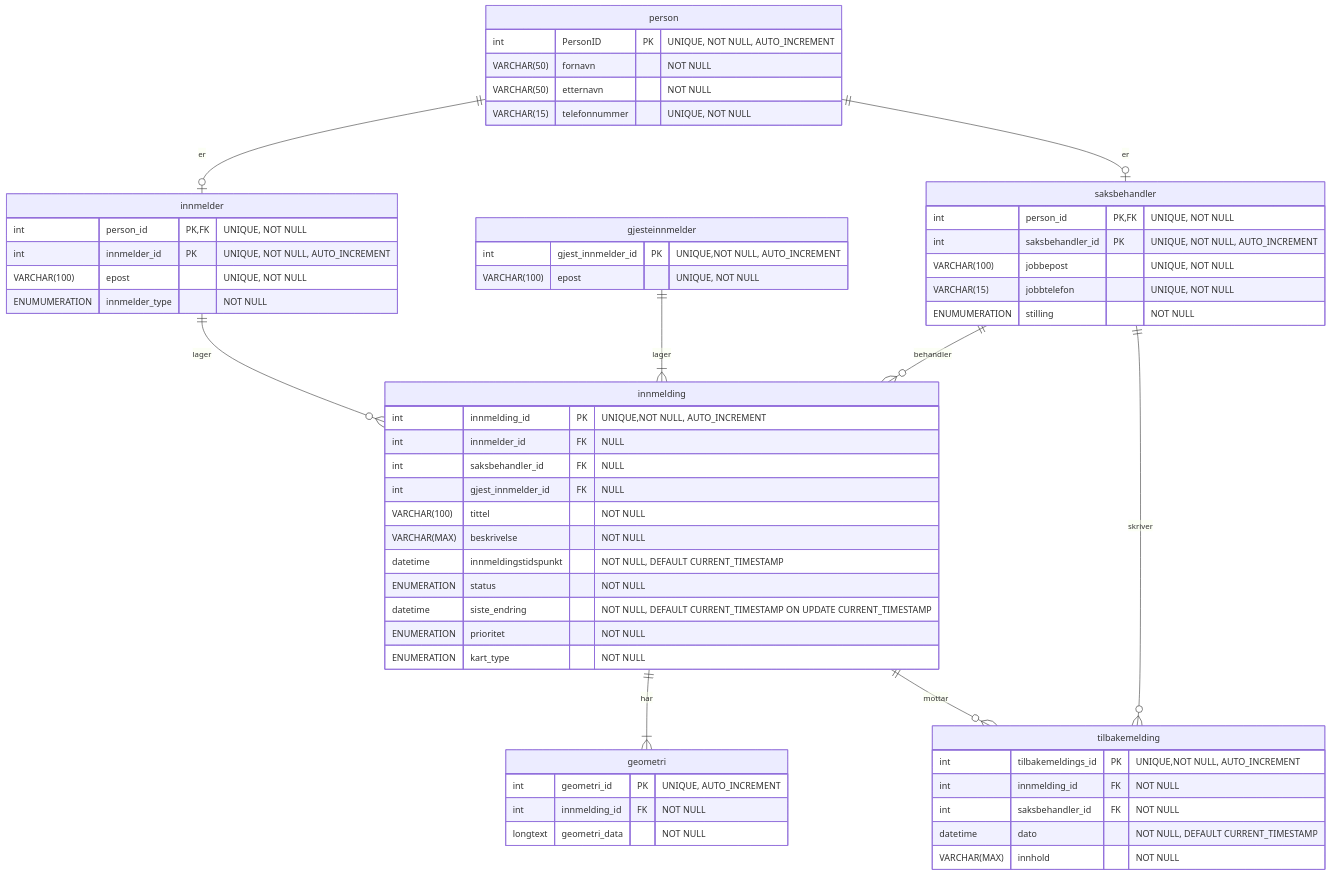
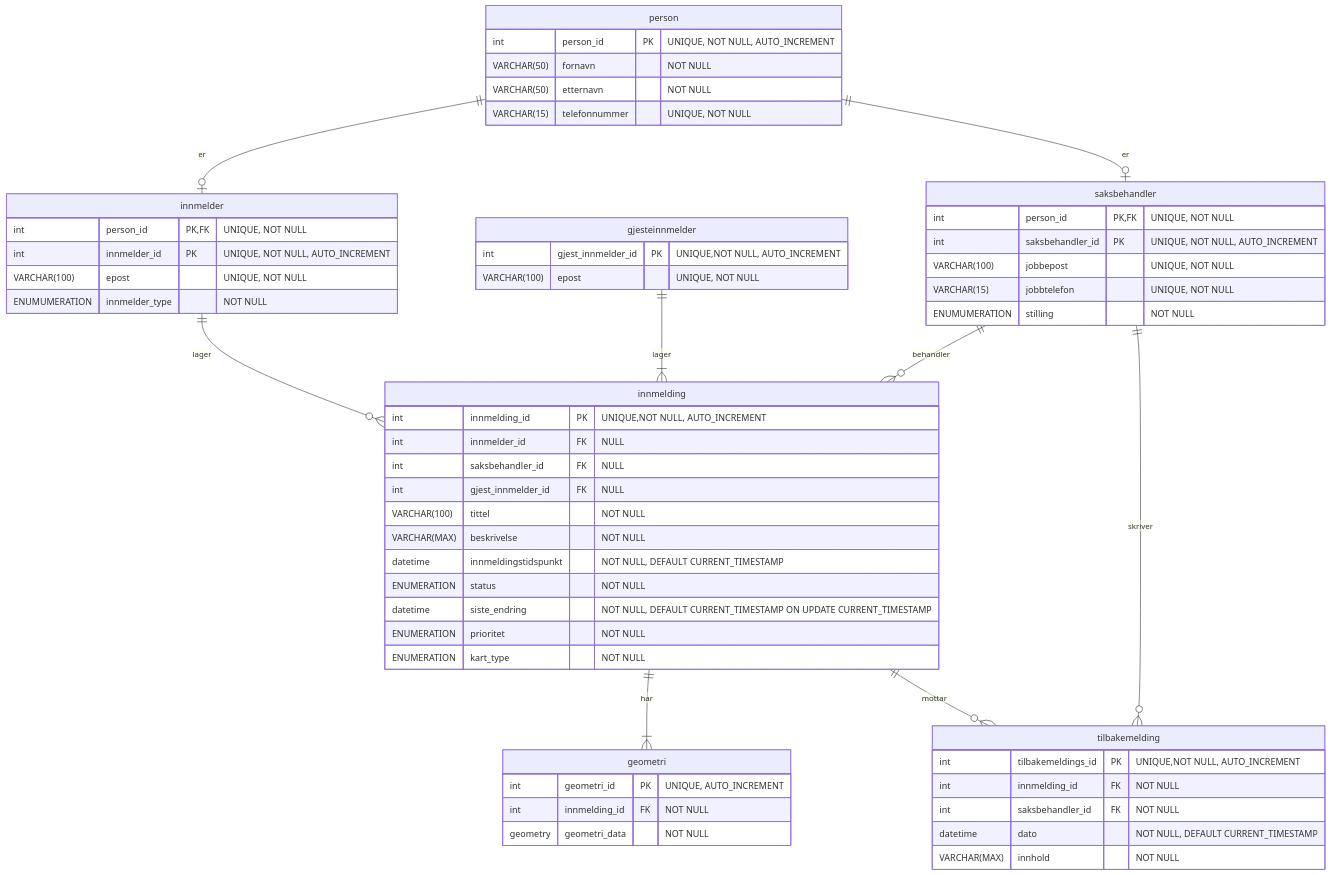
Before and after one commit to Kristiann96/Gruppe10KV: the diagram in Gruppe10KVprototype/ER og UML diagrammer/ERG10KV6.mmd, drawn with Mermaid.

Commit message:
rettet person_id navngivning i person tabell
retter geometri_data til geometry datatype

```diff
--- a/Gruppe10KVprototype/ER og UML diagrammer/ERG10KV6.mmd
+++ b/Gruppe10KVprototype/ER og UML diagrammer/ERG10KV6.mmd
@@ -1,59 +1,59 @@
 erDiagram
 
     person {
-        int PersonID PK "UNIQUE, NOT NULL, AUTO_INCREMENT"
+        int person_id PK "UNIQUE, NOT NULL, AUTO_INCREMENT"
         VARCHAR(50) fornavn "NOT NULL"
         VARCHAR(50) etternavn "NOT NULL"
         VARCHAR(15) telefonnummer "UNIQUE, NOT NULL"
     }
     person ||--|O innmelder : "er"
     person ||--|O saksbehandler : "er"
     innmelder ||--o{ innmelding : "lager"
     innmelder {
         int person_id PK, FK "UNIQUE, NOT NULL"
         int innmelder_id PK "UNIQUE, NOT NULL, AUTO_INCREMENT"
         VARCHAR(100) epost "UNIQUE, NOT NULL"
         ENUMUMERATION innmelder_type "NOT NULL"
     }
     gjesteinnmelder ||--|{ innmelding : "lager"
     gjesteinnmelder {
         int gjest_innmelder_id PK "UNIQUE,NOT NULL, AUTO_INCREMENT"
         VARCHAR(100) epost "UNIQUE, NOT NULL"
     }
     saksbehandler ||--o{ innmelding : "behandler"
     saksbehandler {
         int person_id PK, FK "UNIQUE, NOT NULL"
         int saksbehandler_id PK "UNIQUE, NOT NULL, AUTO_INCREMENT"
         VARCHAR(100) jobbepost "UNIQUE, NOT NULL"
         VARCHAR(15) jobbtelefon "UNIQUE, NOT NULL"
         ENUMUMERATION stilling "NOT NULL"
     }      
     innmelding ||--|{ geometri : "har"
     innmelding ||--o{ tilbakemelding : "mottar"    
     innmelding {
         int innmelding_id PK "UNIQUE,NOT NULL, AUTO_INCREMENT"
         int innmelder_id FK "NULL"
         int saksbehandler_id FK "NULL"
         int gjest_innmelder_id FK "NULL"
         VARCHAR(100) tittel "NOT NULL"
         VARCHAR(MAX) beskrivelse "NOT NULL"
         datetime innmeldingstidspunkt "NOT NULL, DEFAULT CURRENT_TIMESTAMP"
         ENUMERATION status "NOT NULL"
         datetime siste_endring "NOT NULL, DEFAULT CURRENT_TIMESTAMP ON UPDATE CURRENT_TIMESTAMP"
         ENUMERATION prioritet "NOT NULL"
         ENUMERATION kart_type "NOT NULL"
     }    
     geometri {
         int geometri_id PK "UNIQUE, AUTO_INCREMENT"
         int innmelding_id FK "NOT NULL"
-        longtext geometri_data "NOT NULL"
+        geometry geometri_data "NOT NULL"
         
     }
     tilbakemelding {
         int tilbakemeldings_id PK "UNIQUE,NOT NULL, AUTO_INCREMENT"
         int innmelding_id FK "NOT NULL"
         int saksbehandler_id FK "NOT NULL"
         datetime dato "NOT NULL, DEFAULT CURRENT_TIMESTAMP"
         VARCHAR(MAX) innhold "NOT NULL"
     }
     saksbehandler ||--o{ tilbakemelding : "skriver"
```
